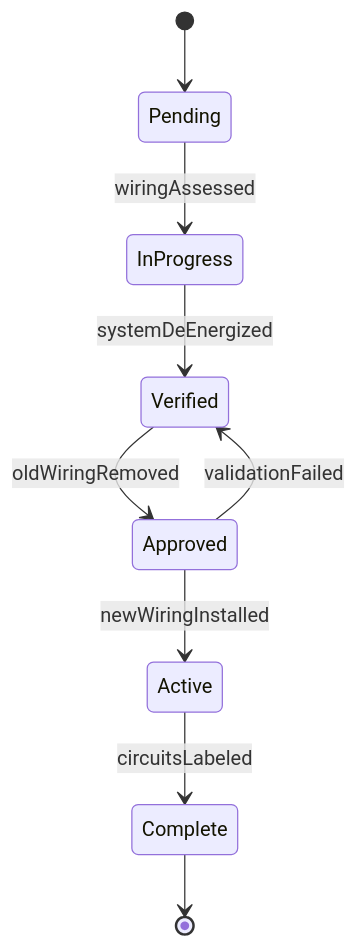
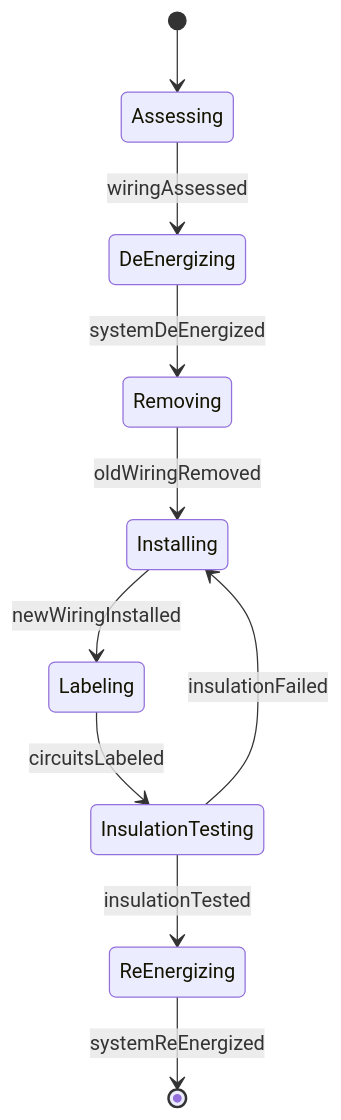
One commit to dot-org-ai/tasks.org.ai changed the second of 4 diagrams in HandlingAndMovingObjects/ConnectComponentsOrSupplyLinesToEquipmentOrTools/RewireElectricalElectronicSystems.mdx. Above: the diagram before and after it, drawn with Mermaid. The commit also changed other lines of this file and 515 other files, not shown here.

````diff
--- a/HandlingAndMovingObjects/ConnectComponentsOrSupplyLinesToEquipmentOrTools/RewireElectricalElectronicSystems.mdx
+++ b/HandlingAndMovingObjects/ConnectComponentsOrSupplyLinesToEquipmentOrTools/RewireElectricalElectronicSystems.mdx
@@ -98,11 +99,12 @@
 ```mermaid
 stateDiagram-v2
-    [*] --> Pending
-    Pending --> InProgress : wiringAssessed
-    InProgress --> Verified : systemDeEnergized
-    Verified --> Approved : oldWiringRemoved
-    Approved --> Active : newWiringInstalled
-    Active --> Complete : circuitsLabeled
-    Approved --> Verified : validationFailed
-    Complete --> [*]
+    [*] --> Assessing
+    Assessing --> DeEnergizing : wiringAssessed
+    DeEnergizing --> Removing : systemDeEnergized
+    Removing --> Installing : oldWiringRemoved
+    Installing --> Labeling : newWiringInstalled
+    Labeling --> InsulationTesting : circuitsLabeled
+    InsulationTesting --> ReEnergizing : insulationTested
+    ReEnergizing --> [*] : systemReEnergized
+    InsulationTesting --> Installing : insulationFailed
 ```
````
